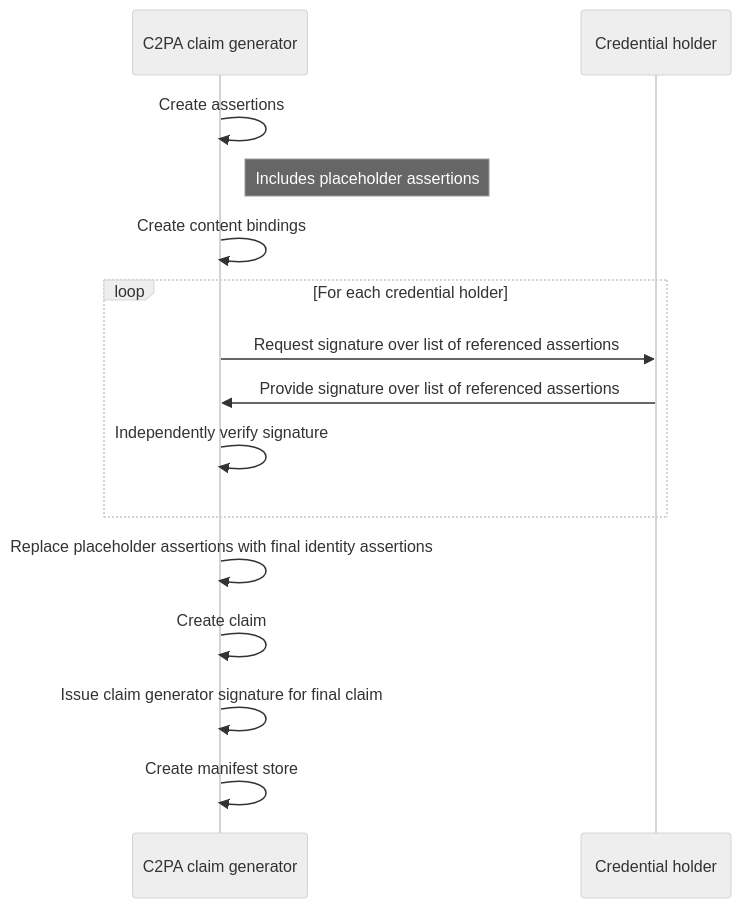
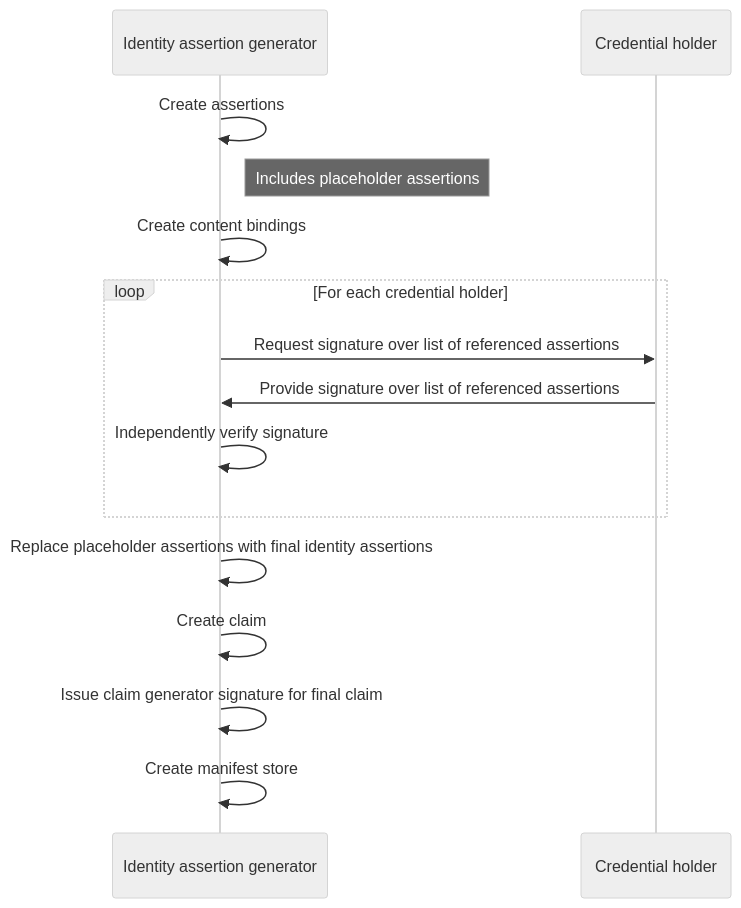
One commit to creator-assertions/identity-assertion changed the first of 3 diagrams in docs/modules/ROOT/pages/index.adoc. Above: the diagram before and after it, drawn with Mermaid (neutral theme). The commit also changed other lines of this file and 1 other file, not shown here.

Commit message:
Define identity assertion generator (#165)

```diff
--- a/docs/modules/ROOT/pages/index.adoc
+++ b/docs/modules/ROOT/pages/index.adoc
@@ -620,21 +620,21 @@
 [mermaid,width=100%]
 ....
 sequenceDiagram
-    participant G as C2PA claim generator
+    participant G as Identity assertion generator
     participant H as Credential holder
 
     G->>G: Create assertions
     Note right of G: Includes placeholder assertions
     G->>G: Create content bindings
     
     loop For each credential holder
     G->>H: Request signature over list of referenced assertions
     H->>G: Provide signature over list of referenced assertions
     G->>G: Independently verify signature
     end
 
     G->>G: Replace placeholder assertions with final identity assertions
     G->>G: Create claim
     G->>G: Issue claim generator signature for final claim
     G->>G: Create manifest store
 ....
```
